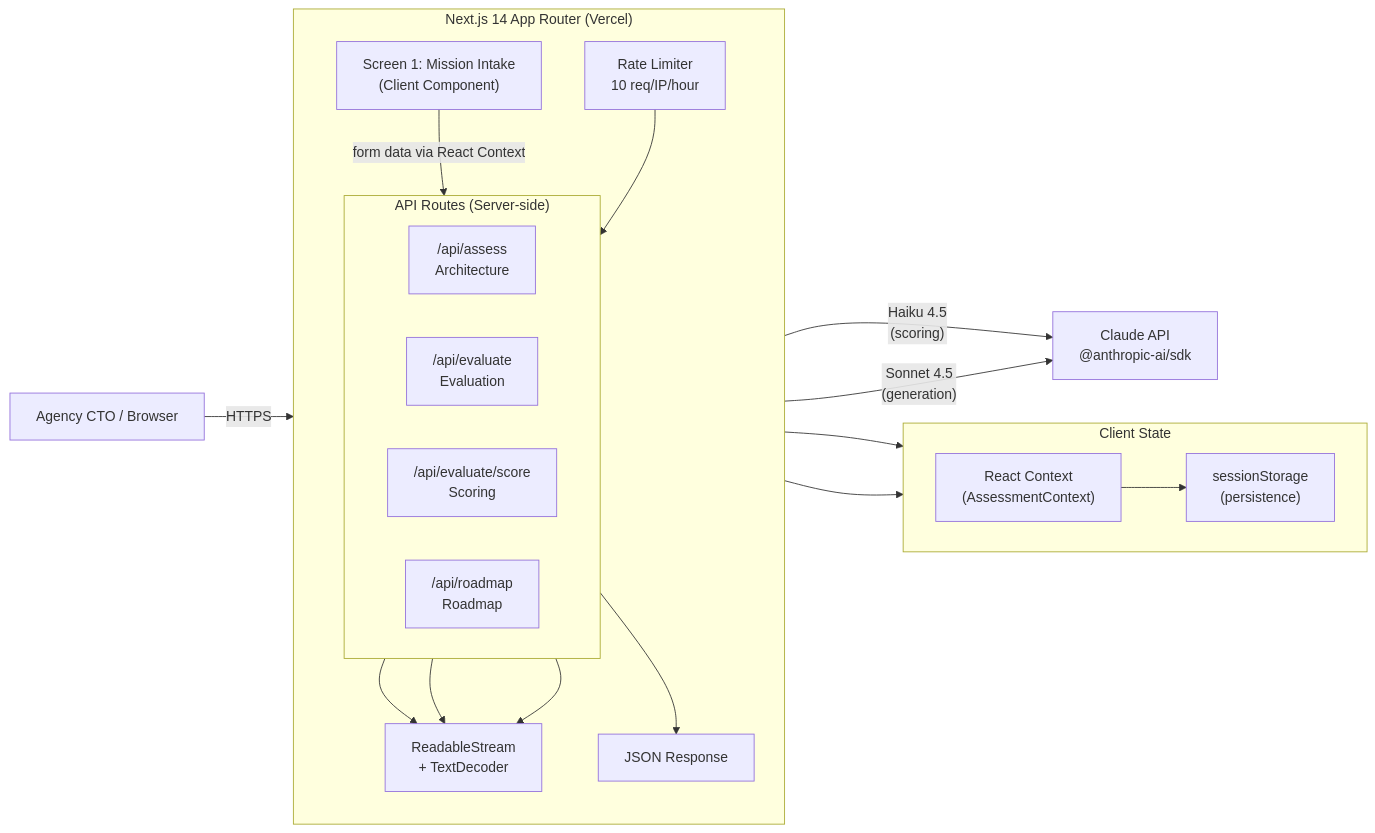
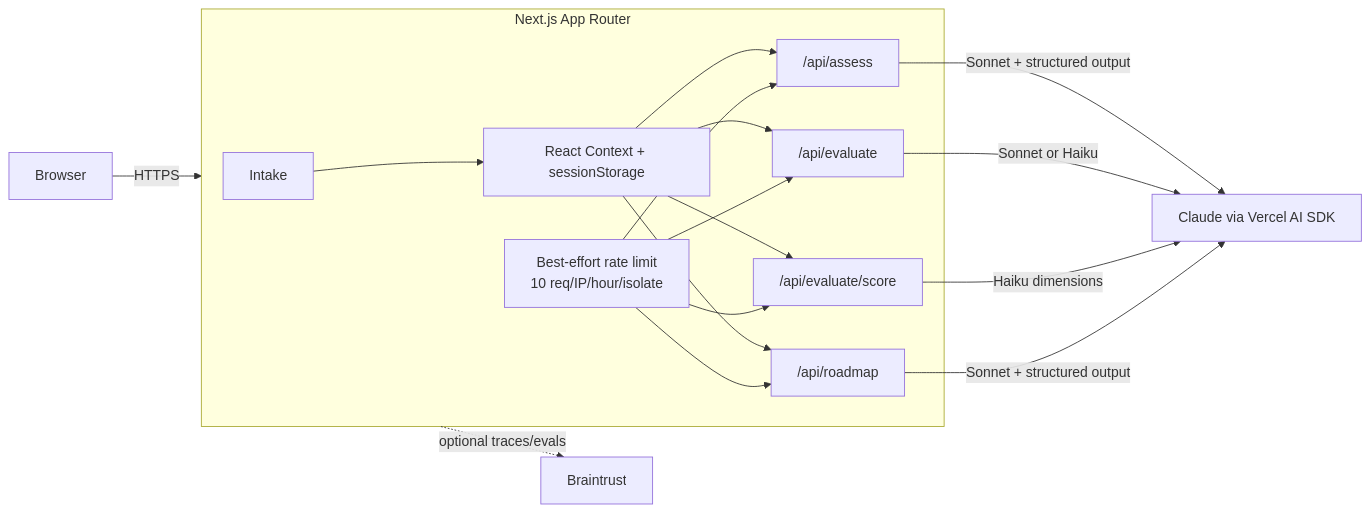
Before and after one commit to nickcarndt/federal-readiness-suite: the diagram in README.md, drawn with Mermaid. The commit also changed other lines of this file and 27 other files, not shown here.

````diff
--- a/README.md
+++ b/README.md
@@ -52,36 +19,22 @@
 ```mermaid
 flowchart LR
-  U[Agency CTO / Browser] -->|HTTPS| APP
+  U[Browser] -->|HTTPS| APP
 
-  subgraph APP["Next.js 14 App Router (Vercel)"]
-    direction TB
-    INTAKE["Screen 1: Mission Intake\n(Client Component)"]
-    INTAKE -->|form data via React Context| ASSESS
-
-    subgraph API["API Routes (Server-side)"]
-      direction LR
-      ASSESS["/api/assess\nArchitecture"]
-      EVAL["/api/evaluate\nEvaluation"]
-      SCORE["/api/evaluate/score\nScoring"]
-      ROADMAP["/api/roadmap\nRoadmap"]
-    end
-
-    ASSESS --> STREAM["ReadableStream\n+ TextDecoder"]
-    EVAL --> STREAM
-    ROADMAP --> STREAM
-    SCORE --> JSON["JSON Response"]
-
-    RL["Rate Limiter\n10 req/IP/hour"] --> API
+  subgraph APP["Next.js App Router"]
+    INTAKE[Intake] --> CTX[React Context + sessionStorage]
+    CTX --> ASSESS["/api/assess"]
+    CTX --> EVAL["/api/evaluate"]
+    CTX --> SCORE["/api/evaluate/score"]
+    CTX --> ROADMAP["/api/roadmap"]
+    RL["Best-effort rate limit\n10 req/IP/hour/isolate"] --> ASSESS
+    RL --> EVAL
+    RL --> SCORE
+    RL --> ROADMAP
   end
 
-  API -->|"Sonnet 4.5\n(generation)"| CLAUDE["Claude API\n@anthropic-ai/sdk"]
-  SCORE -->|"Haiku 4.5\n(scoring)"| CLAUDE
-
-  subgraph CONTEXT["Client State"]
-    direction LR
-    RC["React Context\n(AssessmentContext)"] --> SS["sessionStorage\n(persistence)"]
-  end
-
-  STREAM --> RC
-  JSON --> RC
+  ASSESS -->|Sonnet + structured output| CLAUDE[Claude via Vercel AI SDK]
+  EVAL -->|Sonnet or Haiku| CLAUDE
+  SCORE -->|Haiku dimensions| CLAUDE
+  ROADMAP -->|Sonnet + structured output| CLAUDE
+  APP -.->|optional traces/evals| BT[Braintrust]
 ```
````
